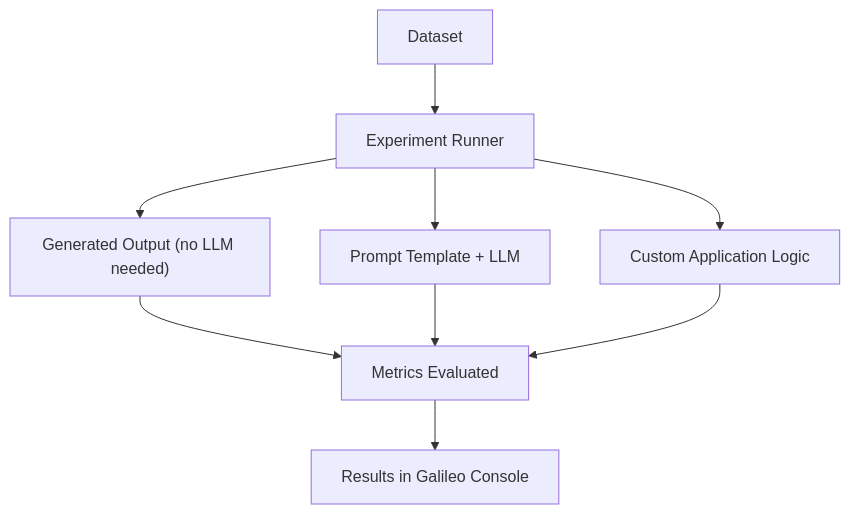
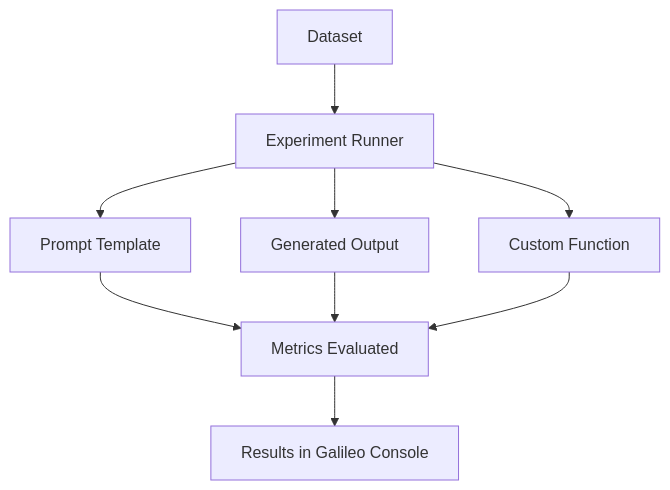
Before and after one commit to rungalileo/docs-official: the diagram in sdk-api/experiments/running-experiments.mdx, drawn with Mermaid. The commit also changed other lines of this file and 2 other files, not shown here.

````diff
--- a/sdk-api/experiments/running-experiments.mdx
+++ b/sdk-api/experiments/running-experiments.mdx
@@ -66,11 +66,11 @@
 ```mermaid
 flowchart TD
     A[Dataset] --> B[Experiment Runner]
-    B --> C["Generated Output (no LLM needed)"]
-    B --> D[Prompt Template + LLM]
-    B --> E[Custom Application Logic]
+    B --> C[Prompt Template]
+    B --> D[Generated Output]
+    B --> E[Custom Function]
     C --> F[Metrics Evaluated]
     D --> F
     E --> F
     F --> G[Results in Galileo Console]
 ```
````
